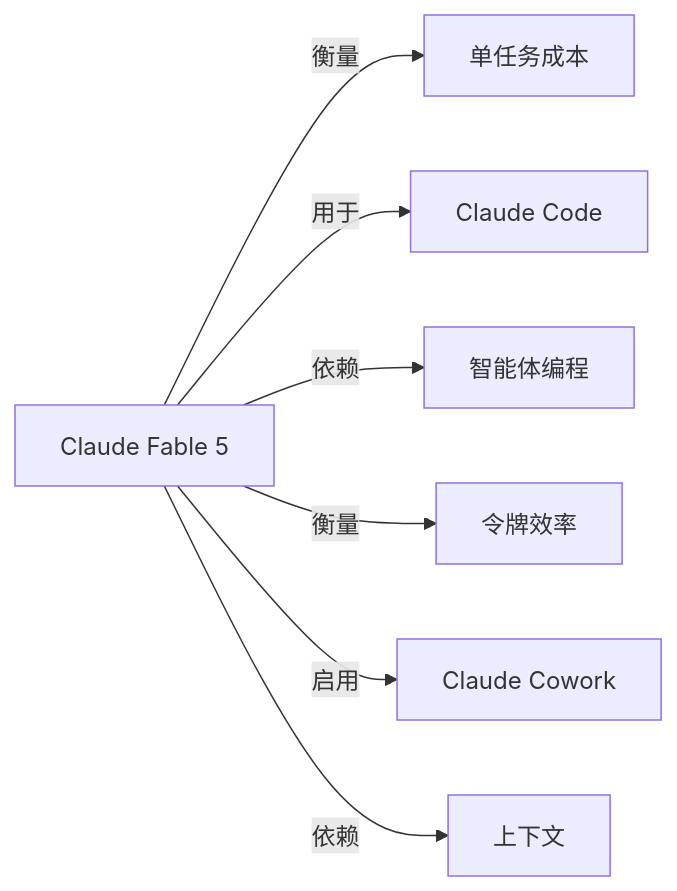
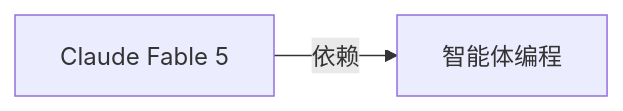
One commit to yibie/claude-best-practices-zh changed the diagram in wiki/Claude-Fable-5.md. Above: the diagram before and after it, drawn with Mermaid. The commit also changed other lines of this file and 407 other files, not shown here.

Commit message:
feat: DeepSeek 三遍审校（译文/关系/图谱）+ 可部署静态站点

````diff
--- a/wiki/Claude-Fable-5.md
+++ b/wiki/Claude-Fable-5.md
@@ -48,10 +45,5 @@
 ```mermaid
 graph LR
   C["Claude Fable 5"]
-  C -->|衡量| N0["单任务成本"]
-  C -->|用于| N1["Claude Code"]
-  C -->|依赖| N2["智能体编程"]
-  C -->|衡量| N3["令牌效率"]
-  C -->|启用| N4["Claude Cowork"]
-  C -->|依赖| N5["上下文"]
+  C -->|依赖| N0["智能体编程"]
 ```
````
